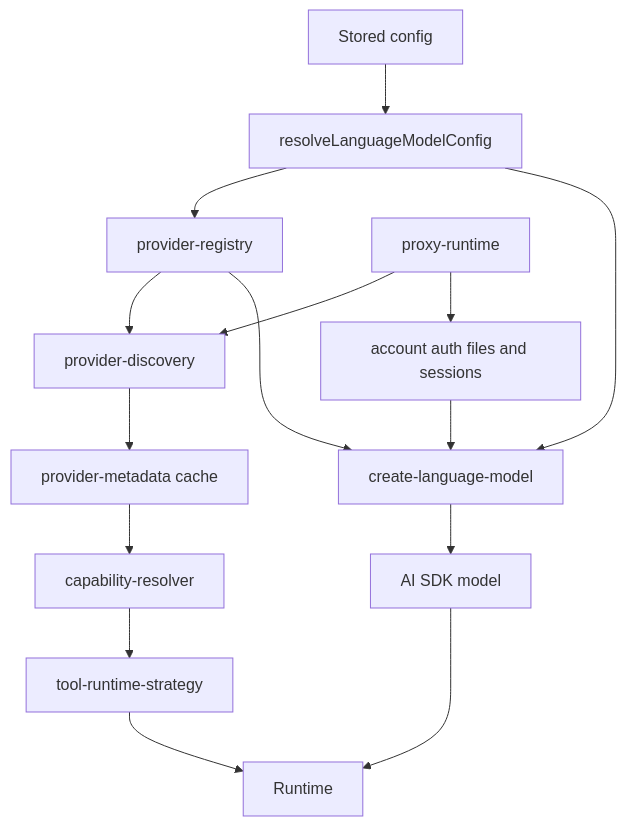
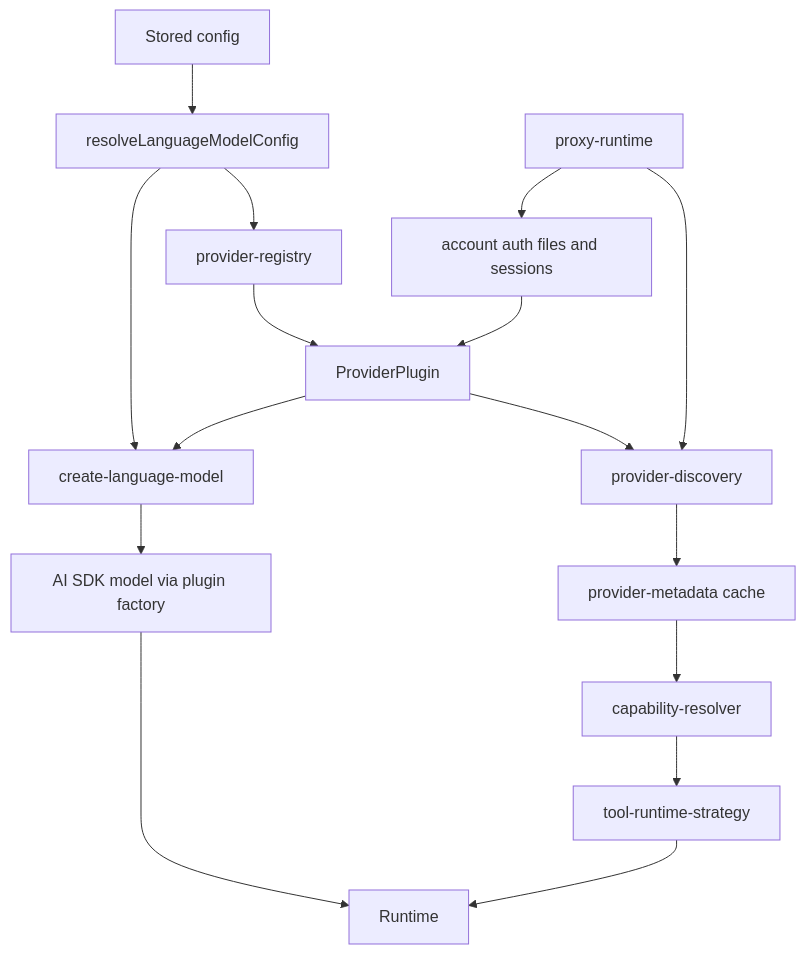
One commit to EtienneLescot/yagr changed the third of 5 diagrams in architecture/current/runtime-flows.md. Above: the diagram before and after it, drawn with Mermaid. The commit also changed other lines of this file and 1 other file, not shown here.

Commit message:
refactor: update runtime flows and system overview documentation to reflect architectural changes and remove deprecated components

````diff
--- a/architecture/current/runtime-flows.md
+++ b/architecture/current/runtime-flows.md
@@ -66,17 +81,18 @@
 ```mermaid
 flowchart TD
     CFG[Stored config] --> RES[resolveLanguageModelConfig]
     RES --> REG[provider-registry]
     RES --> CLM[create-language-model]
-    REG --> DISC[provider-discovery]
+    REG --> PLUG[ProviderPlugin]
+    PLUG --> DISC[provider-discovery]
     DISC --> META[provider-metadata cache]
     META --> CAP[capability-resolver]
-    REG --> CLM
+    PLUG --> CLM
     PR[proxy-runtime] --> DISC
     PR --> ACC[account auth files and sessions]
-    ACC --> CLM
-    CLM --> SDK[AI SDK model]
+    ACC --> PLUG
+    CLM --> SDK[AI SDK model via plugin factory]
     CAP --> RTS[tool-runtime-strategy]
     RTS --> RT[Runtime]
     SDK --> RT[Runtime]
 ```
````
